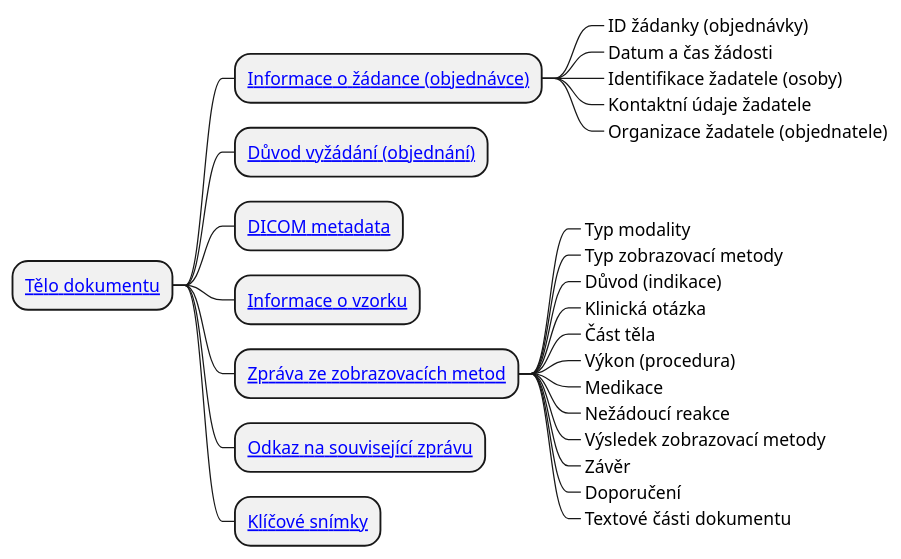
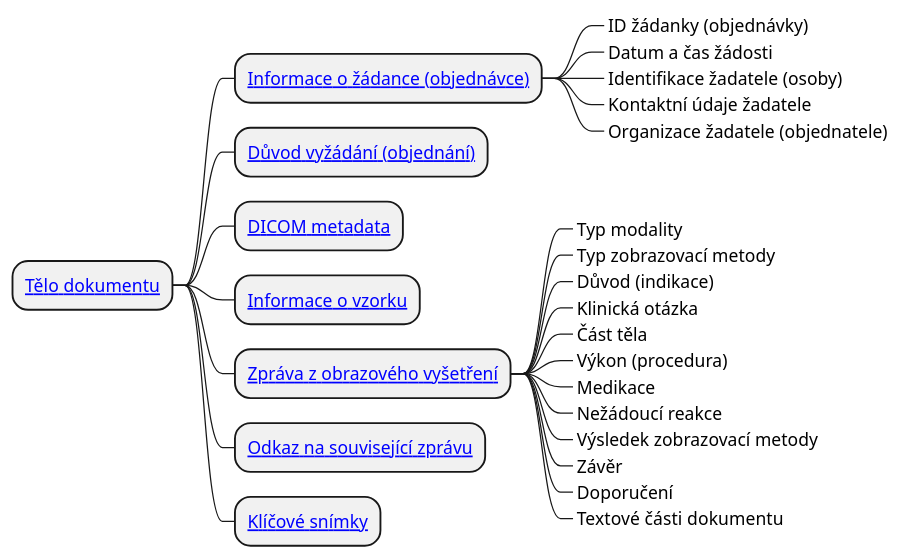
Before and after one commit to HL7-cz/img: the diagram in input/images-source/imgReportBody_CIM-cs.plantuml, drawn with PlantUML. The commit also changed 31 other files, not shown here.

Commit message:
Fix CZ_Medication to CZ_MedicationCore, Rename wrong names in logical model and delete typeofImagingMethod from logical model

```diff
--- a/input/images-source/imgReportBody_CIM-cs.plantuml
+++ b/input/images-source/imgReportBody_CIM-cs.plantuml
@@ -1,70 +1,70 @@
 @startmindmap
 skinparam topurl StructureDefinition-
 
 * [[logBodyImagingReportCz.html Tělo dokumentu]]
 ** [[logInformationAboutOrder.html Informace o žádance (objednávce)]]
 ***_ ID žádanky (objednávky)
 ***_ Datum a čas žádosti
 ***_ Identifikace žadatele (osoby)
 ***_ Kontaktní údaje žadatele
 ***_ Organizace žadatele (objednatele)
 ** [[logReasonForAdmission.html Důvod vyžádání (objednání)]]
 ** [[logDcmMetadata.html DICOM metadata]]
 ** [[logSpecimenInformation.html Informace o vzorku]]
-** [[logReportOfImagingMethod.html Zpráva ze zobrazovacích metod]]
+** [[logReportOfImagingExamination.html Zpráva z obrazového vyšetření]]
 ***_ Typ modality
 ***_ Typ zobrazovací metody
 ***_ Důvod (indikace)
 ***_ Klinická otázka
 ***_ Část těla
 ***_ Výkon (procedura)
 ***_ Medikace
 ***_ Nežádoucí reakce
 ***_ Výsledek zobrazovací metody
 ***_ Závěr
 ***_ Doporučení
 ***_ Textové části dokumentu
-** [[logLinkToRelatedReport.html Odkaz na související zprávu]]
+** [[logcomparisonStudy.html Odkaz na související zprávu]]
 ** [[logKeyImagesAttachment.html Klíčové snímky]]
 '** [[Attachments.html Média (přílohy)]]
 
 /'***_ Order placer
 ***_ Order reason text
 ***_ Order reason
 ***_ Clinical question
 ***_ Supporting information
 ****_ Observation
 ****_ Condition
 ****_ Medication Administration
 ****_ Devices
 ****_ Pregnancy status
 ****_ Gestational age
 ****_ Sex for clinical use
 ****_ Other supporting information
 ** Specimen
 ** Service request
 ** Exposure information
 ***_ Effective dose
 ***_ Equivalent dose information
 ****_ Equivalent dose
 ****_ Tissue type
 ** Examination Report
 ***_ Modality
 ***_ Body part
 ****_ Body location
 ****_ Laterality
 ***_ Imaging procedures
 ***_ Medication
 ***_ Adverse reaction
 ***_ Result data
 ****_ Result text
 ****_ Observation results
 ***_ Conclusion
 ****_ Impression
 ****_ Condition or finding
 ** Recommendation
 ***_ Description
 ***_ Care plan
 ** Comparison Study
 '/
 @endmindmap
```
